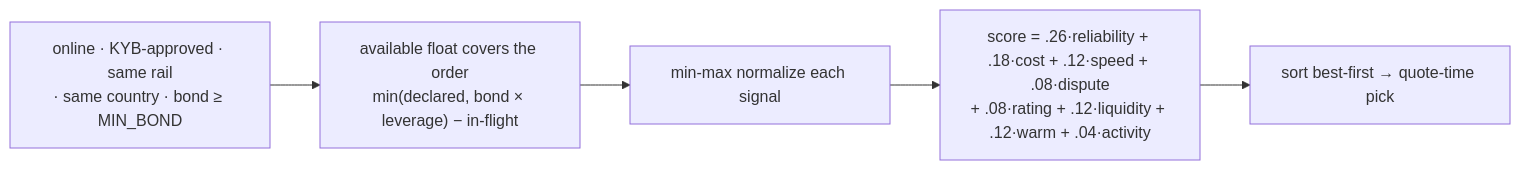
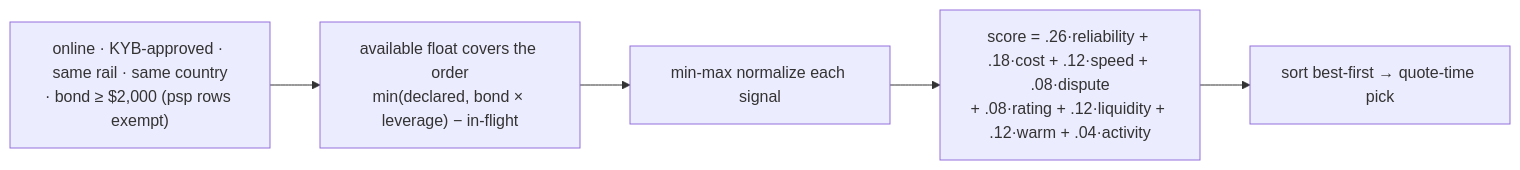
Before and after one commit to unabrijed/frenspay: the third of 3 diagrams in monorepo/docs/06-offramp-and-settlement.md, drawn with Mermaid. The commit also changed other lines of this file and 5 other files, not shown here.

````diff
--- a/monorepo/docs/06-offramp-and-settlement.md
+++ b/monorepo/docs/06-offramp-and-settlement.md
@@ -105,7 +107,7 @@
 ```mermaid
 flowchart LR
-    A["online · KYB-approved · same rail<br/>· same country · bond ≥ MIN_BOND"] --> F["available float covers the order<br/>min(declared, bond × leverage) − in-flight"]
+    A["online · KYB-approved · same rail · same country<br/>· bond ≥ $2,000 (psp rows exempt)"] --> F["available float covers the order<br/>min(declared, bond × leverage) − in-flight"]
     F --> N["min-max normalize each signal"]
     N --> S["score = .26·reliability + .18·cost + .12·speed + .08·dispute<br/>+ .08·rating + .12·liquidity + .12·warm + .04·activity"]
     S --> P["sort best-first → quote-time pick"]
 ```
````
